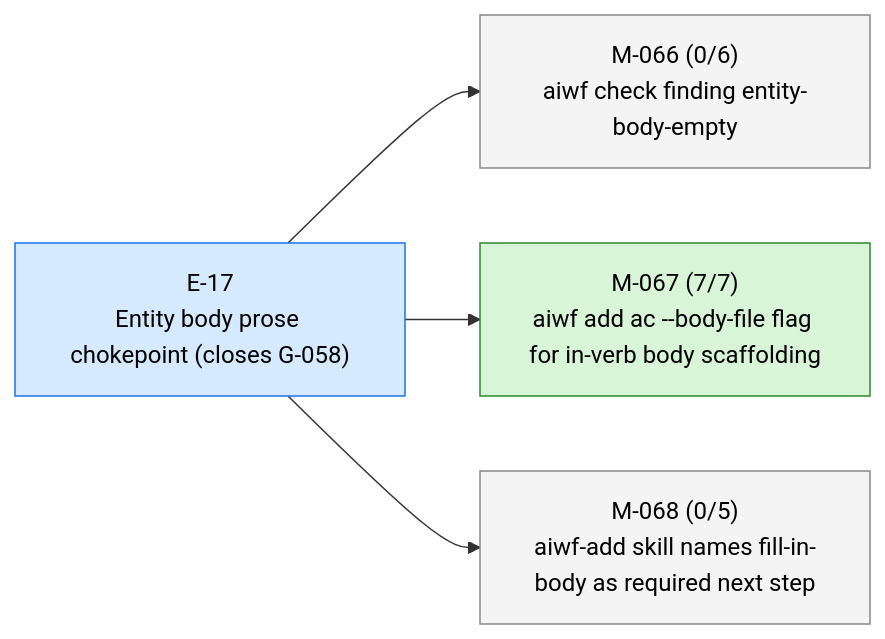
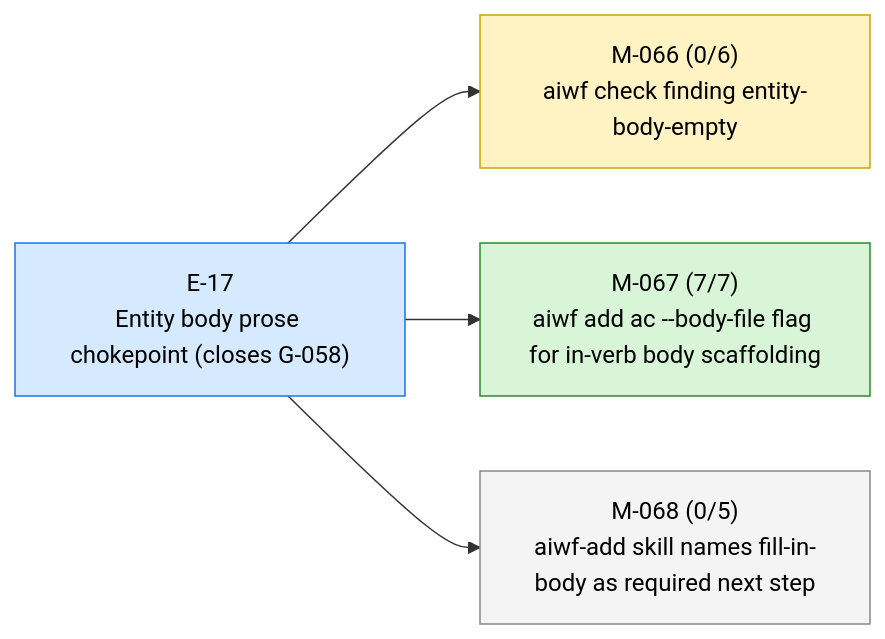
The first of 4 diagrams in STATUS.md (23min/aiwf), drawn with Mermaid before and after one commit. The commit also changed other lines of this file and 1 other file, not shown here.

First line of the commit message:
aiwf promote M-066 draft -> in_progress

````diff
--- a/STATUS.md
+++ b/STATUS.md
@@ -13,16 +13,16 @@
 ```mermaid
 flowchart LR
   E_17["E-17<br/>Entity body prose chokepoint (closes G-058)"]:::epic_active
-  M_066["M-066 (0/6)<br/>aiwf check finding entity-body-empty"]:::ms_draft
+  M_066["M-066 (0/6)<br/>aiwf check finding entity-body-empty"]:::ms_in_progress
   E_17 --> M_066
   M_067["M-067 (7/7)<br/>aiwf add ac --body-file flag for in-verb body scaffolding"]:::ms_done
   E_17 --> M_067
   M_068["M-068 (0/5)<br/>aiwf-add skill names fill-in-body as required next step"]:::ms_draft
   E_17 --> M_068
   classDef epic_active fill:#d6eaff,stroke:#1a73e8,color:#000
   classDef epic_proposed fill:#f4f4f4,stroke:#888,color:#000
   classDef ms_done fill:#d8f5d8,stroke:#2a8a2a,color:#000
   classDef ms_in_progress fill:#fff3c4,stroke:#caa400,color:#000
   classDef ms_draft fill:#f4f4f4,stroke:#888,color:#000
   classDef ms_cancelled fill:#fbeaea,stroke:#c33,color:#000
 ```
````
